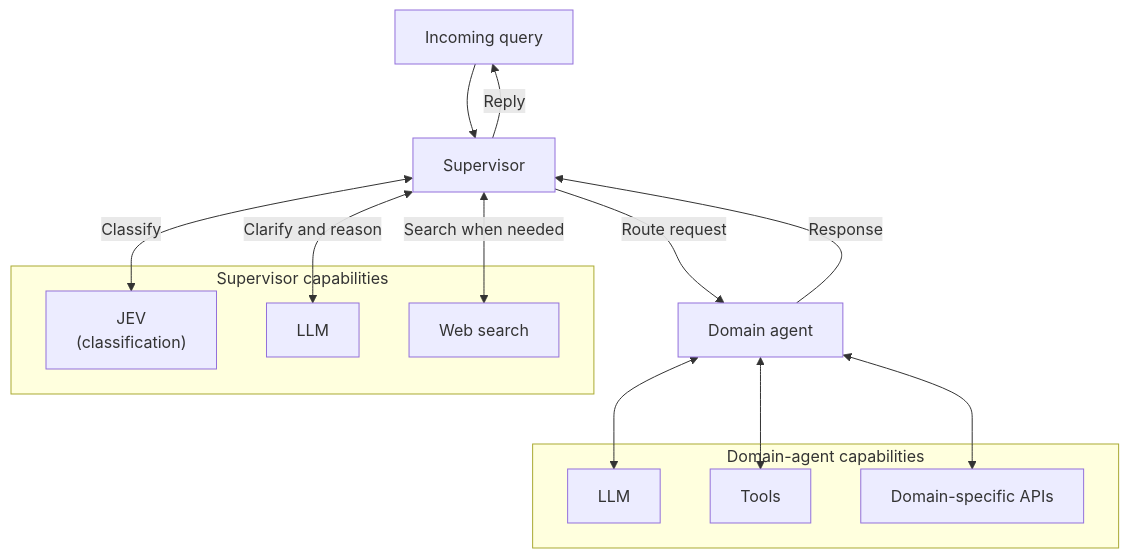
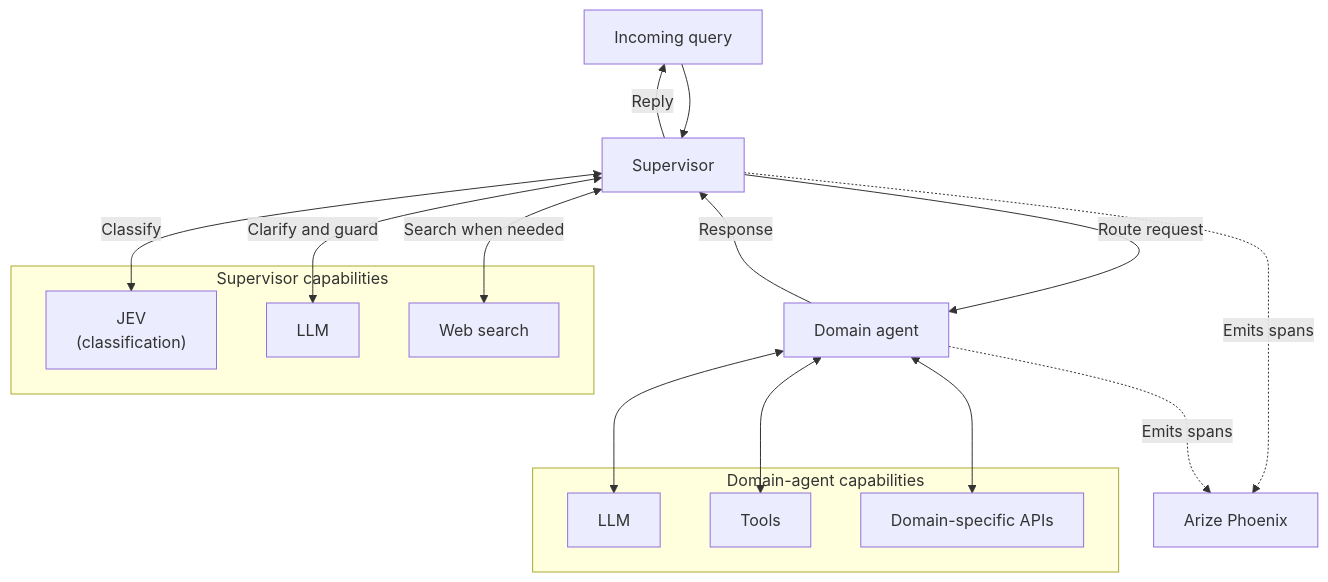
Before and after one commit to SamFerwerda/agentic-setup: the second of 2 diagrams in README.md, drawn with Mermaid. The commit also changed other lines of this file and 18 other files, not shown here.

Commit message:
initial version of the demo architecture

````diff
--- a/README.md
+++ b/README.md
@@ -67,27 +170,30 @@
 ```mermaid
 flowchart TD
     User["Incoming query"] --> Supervisor["Supervisor"]
 
     subgraph SupervisorResources["Supervisor capabilities"]
         JEV["JEV<br/>(classification)"]
         SupervisorLLM["LLM"]
         WebSearch["Web search"]
     end
 
     Supervisor <-->|"Classify"| JEV
-    Supervisor <-->|"Clarify and reason"| SupervisorLLM
+    Supervisor <-->|"Clarify and guard"| SupervisorLLM
     Supervisor <-->|"Search when needed"| WebSearch
     Supervisor -->|"Route request"| DomainAgent["Domain agent"]
     DomainAgent -->|"Response"| Supervisor
     Supervisor -->|"Reply"| User
 
     subgraph DomainResources["Domain-agent capabilities"]
         DomainLLM["LLM"]
         Tools["Tools"]
         APIs["Domain-specific APIs"]
     end
 
     DomainAgent <--> DomainLLM
     DomainAgent <--> Tools
     DomainAgent <--> APIs
+
+    Supervisor -.->|"Emits spans"| Phoenix["Arize Phoenix"]
+    DomainAgent -.->|"Emits spans"| Phoenix
 ```
````
